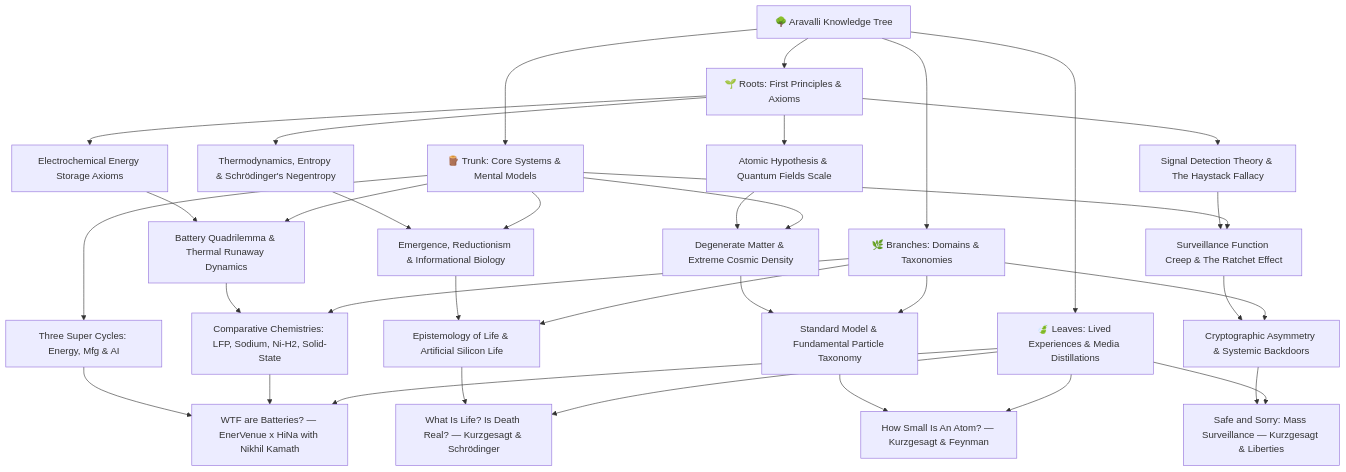
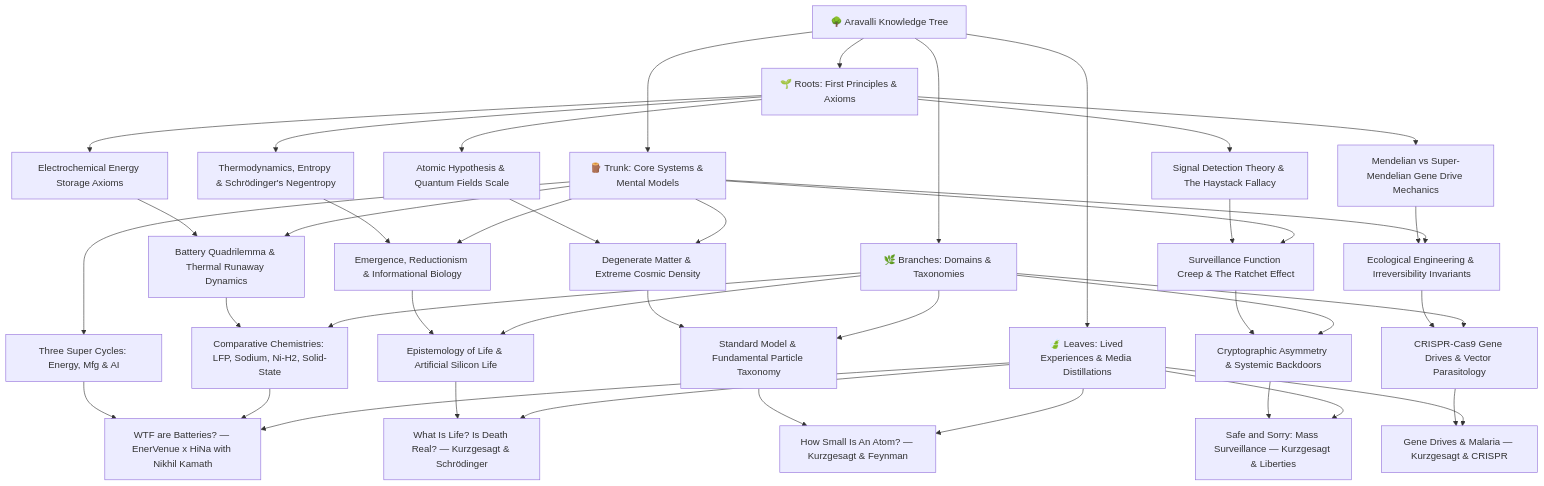
Before and after one commit to vs00918/aravalli: the diagram in README.md, drawn with Mermaid. The commit also changed other lines of this file and 6 other files, not shown here.

Commit message:
Ingest Kurzgesagt Gene Drives & Malaria: Add Super-Mendelian Genetics, Ecological Irreversibility & Parasitology nodes

````diff
--- a/README.md
+++ b/README.md
@@ -7,47 +7,54 @@
 ```mermaid
 graph TD
     RootNode["🌳 Aravalli Knowledge Tree"] --> Roots["🌱 Roots: First Principles & Axioms"]
     RootNode --> Trunk["🪵 Trunk: Core Systems & Mental Models"]
     RootNode --> Branches["🌿 Branches: Domains & Taxonomies"]
     RootNode --> Leaves["🍃 Leaves: Lived Experiences & Media Distillations"]
 
     %% Roots
     Roots --> R1["Electrochemical Energy Storage Axioms"]
     Roots --> R2["Thermodynamics, Entropy & Schrödinger's Negentropy"]
     Roots --> R3["Atomic Hypothesis & Quantum Fields Scale"]
     Roots --> R4["Signal Detection Theory & The Haystack Fallacy"]
+    Roots --> R5["Mendelian vs Super-Mendelian Gene Drive Mechanics"]
 
     %% Trunk
     Trunk --> T1["Battery Quadrilemma & Thermal Runaway Dynamics"]
     Trunk --> T2["Three Super Cycles: Energy, Mfg & AI"]
     Trunk --> T3["Emergence, Reductionism & Informational Biology"]
     Trunk --> T4["Degenerate Matter & Extreme Cosmic Density"]
     Trunk --> T5["Surveillance Function Creep & The Ratchet Effect"]
+    Trunk --> T6["Ecological Engineering & Irreversibility Invariants"]
 
     %% Branches
     Branches --> B1["Comparative Chemistries: LFP, Sodium, Ni-H2, Solid-State"]
     Branches --> B2["Epistemology of Life & Artificial Silicon Life"]
     Branches --> B3["Standard Model & Fundamental Particle Taxonomy"]
     Branches --> B4["Cryptographic Asymmetry & Systemic Backdoors"]
+    Branches --> B5["CRISPR-Cas9 Gene Drives & Vector Parasitology"]
 
     %% Leaves
     Leaves --> L1["WTF are Batteries? — EnerVenue x HiNa with Nikhil Kamath"]
     Leaves --> L2["What Is Life? Is Death Real? — Kurzgesagt & Schrödinger"]
     Leaves --> L3["How Small Is An Atom? — Kurzgesagt & Feynman"]
     Leaves --> L4["Safe and Sorry: Mass Surveillance — Kurzgesagt & Liberties"]
+    Leaves --> L5["Gene Drives & Malaria — Kurzgesagt & CRISPR"]
 
     %% Cross-Tier Connections
     R1 --> T1
     R2 --> T3
     R3 --> T4
     R4 --> T5
+    R5 --> T6
     T1 --> B1
     T3 --> B2
     T4 --> B3
     T5 --> B4
+    T6 --> B5
     B1 --> L1
     B2 --> L2
     B3 --> L3
     B4 --> L4
+    B5 --> L5
     T2 --> L1
 ```
````
